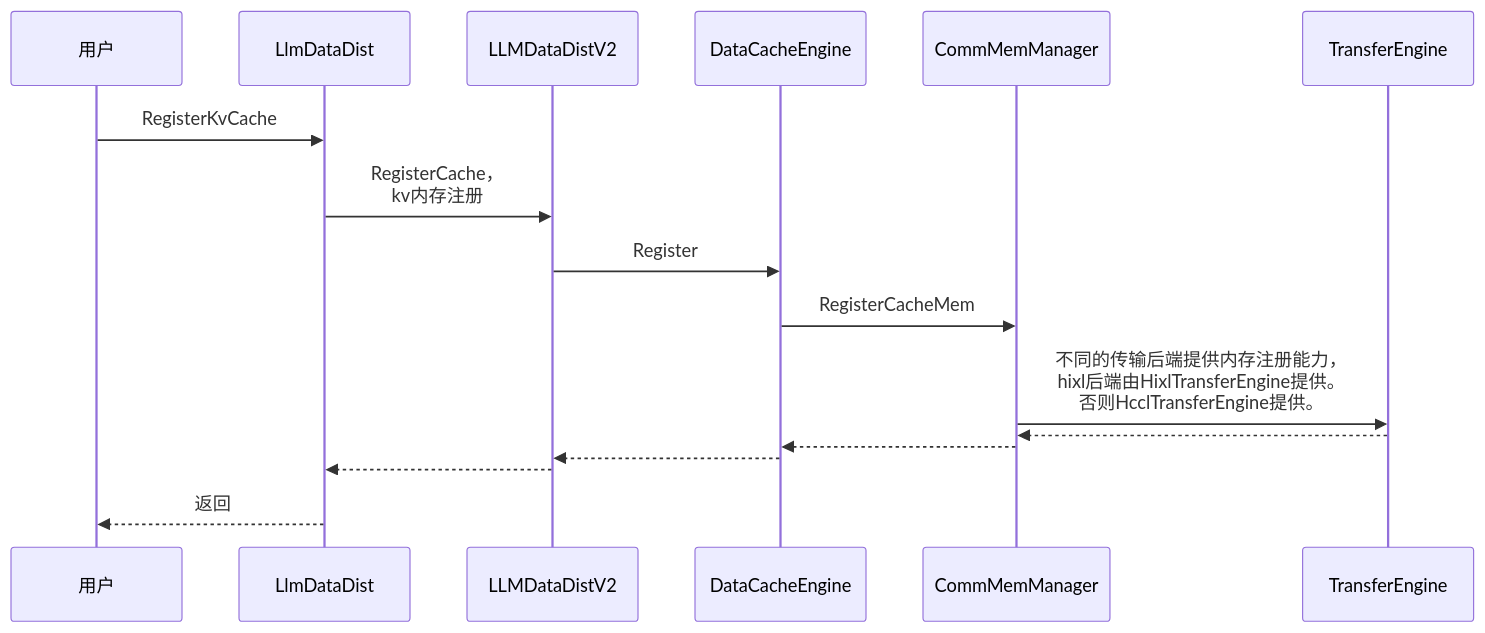
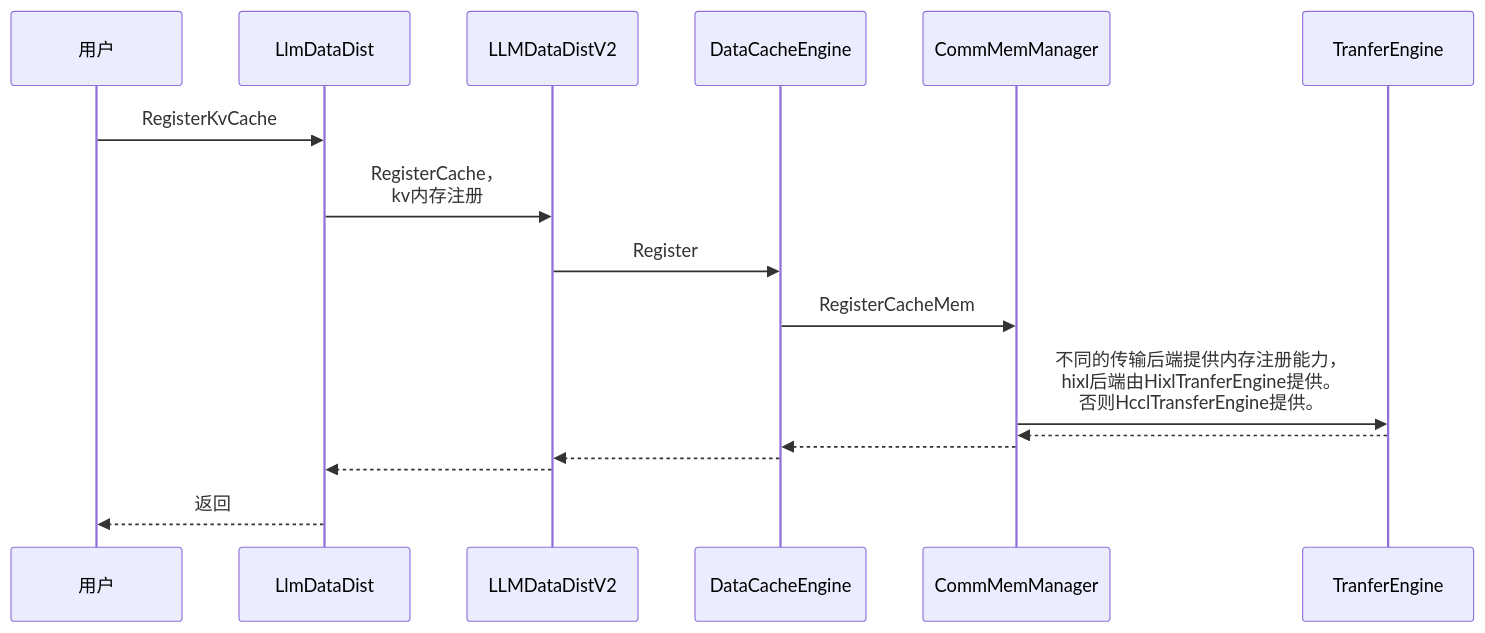
One commit to libochao-huawei/hixl changed the fourth of 6 diagrams in docs/design/LLM-DataDist支持hixl传输后端.md. Above: the diagram before and after it, drawn with Mermaid. The commit also changed other lines of this file and 1 other file, not shown here.

````diff
--- a/docs/design/LLM-DataDist支持hixl传输后端.md
+++ b/docs/design/LLM-DataDist支持hixl传输后端.md
@@ -243,13 +243,13 @@
 ```mermaid
 sequenceDiagram
   用户 ->> LlmDataDist: RegisterKvCache
   LlmDataDist ->> LLMDataDistV2: RegisterCache，<br>kv内存注册
   LLMDataDistV2 ->> DataCacheEngine: Register
   DataCacheEngine ->> CommMemManager: RegisterCacheMem
-  CommMemManager ->> TransferEngine: 不同的传输后端提供内存注册能力，<br>hixl后端由HixlTransferEngine提供。<br>否则HcclTransferEngine提供。
-  TransferEngine -->> CommMemManager: 
+  CommMemManager ->> TranferEngine: 不同的传输后端提供内存注册能力，<br>hixl后端由HixlTranferEngine提供。<br>否则HcclTransferEngine提供。
+  TranferEngine -->> CommMemManager: 
   CommMemManager -->> DataCacheEngine: 
   DataCacheEngine -->> LLMDataDistV2: 
   LLMDataDistV2 -->> LlmDataDist: 
   LlmDataDist -->> 用户: 返回
 ```
````
